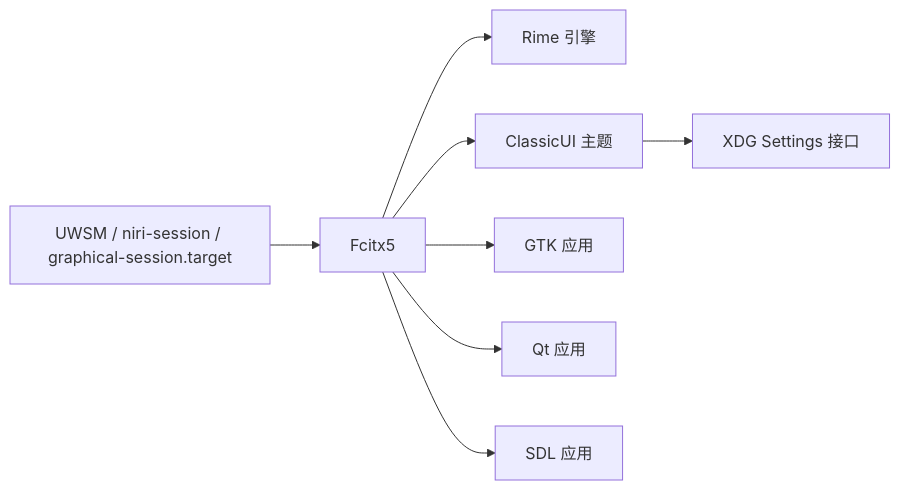
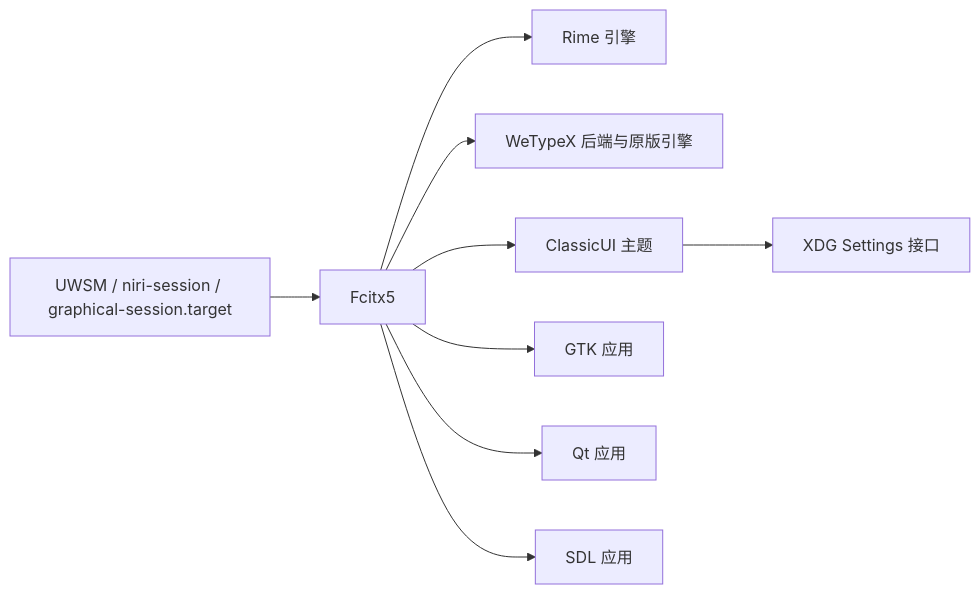
One commit to Shangshui0302/myNixOSConfig changed the second of 2 diagrams in wiki/desktop/fcitx5.md. Above: the diagram before and after it, drawn with Mermaid. The commit also changed other lines of this file and 9 other files, not shown here.

````diff
--- a/wiki/desktop/fcitx5.md
+++ b/wiki/desktop/fcitx5.md
@@ -103,10 +167,11 @@
 ```mermaid
 graph LR
 IM["Fcitx5"] --> RIME["Rime 引擎"]
+IM --> WETYPEX["WeTypeX 后端与原版引擎"]
 IM --> THEME["ClassicUI 主题"]
 THEME --> PORTAL["XDG Settings 接口"]
 IM --> GTK["GTK 应用"]
 IM --> QT["Qt 应用"]
 IM --> SDL["SDL 应用"]
 SESSION["UWSM / niri-session / graphical-session.target"] --> IM
 ```
````
